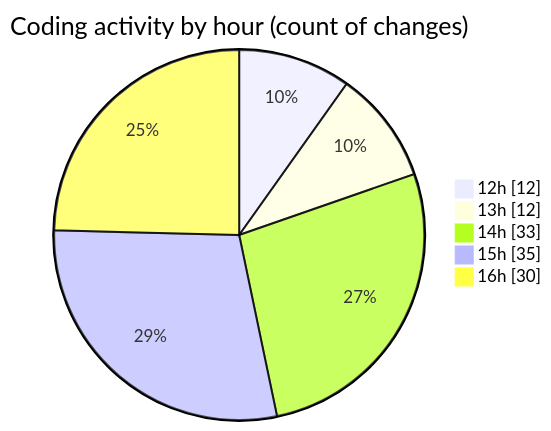
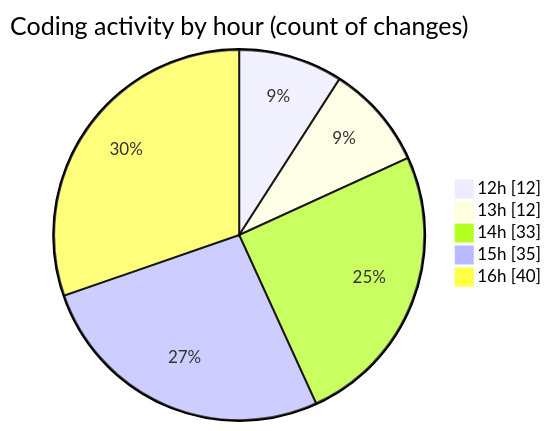
One commit to momahboobian/code-tracking changed the second of 2 diagrams in 2025-09-24/cda/README.md. Above: the diagram before and after it, drawn with Mermaid. The commit also changed other lines of this file and 1 other file, not shown here.

````diff
--- a/2025-09-24/cda/README.md
+++ b/2025-09-24/cda/README.md
@@ -39,9 +40,9 @@
 ```mermaid
 pie showData
 title Coding activity by hour (count of changes)
 "12h" : 12
 "13h" : 12
 "14h" : 33
 "15h" : 35
-"16h" : 30
+"16h" : 40
 ```
````
